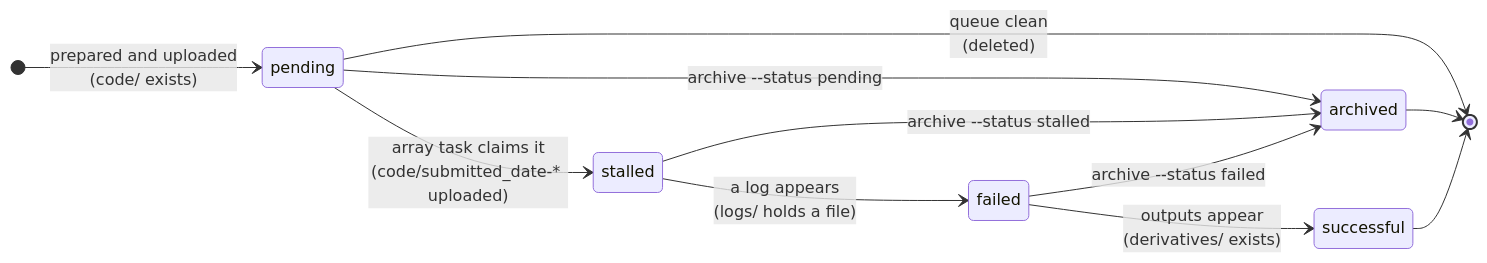
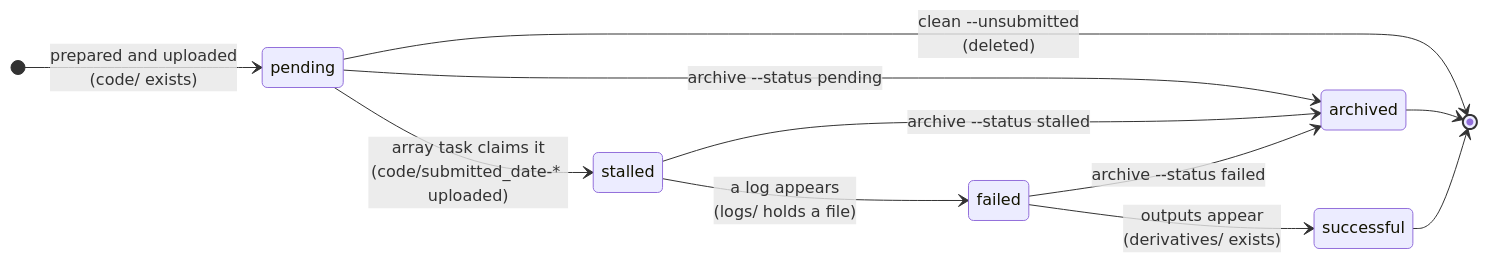
Before and after one commit to dandi-compute/dandi-compute-core: the first of 2 diagrams in docs/job_capsules.md, drawn with Mermaid. The commit also changed other lines of this file and 23 other files, not shown here.

First line of the commit message:
Consolidated the queue CLI group under jobs and clean (#342)

````diff
--- a/docs/job_capsules.md
+++ b/docs/job_capsules.md
@@ -115,14 +114,14 @@
 ```mermaid
 stateDiagram-v2
     direction LR
     [*] --> pending: prepared and uploaded<br/>(code/ exists)
     pending --> stalled: array task claims it<br/>(code/submitted_date-* uploaded)
     stalled --> failed: a log appears<br/>(logs/ holds a file)
     failed --> successful: outputs appear<br/>(derivatives/ exists)
-    pending --> [*]: queue clean<br/>(deleted)
+    pending --> [*]: clean --unsubmitted<br/>(deleted)
     pending --> archived: archive --status pending
     stalled --> archived: archive --status stalled
     failed --> archived: archive --status failed
     archived --> [*]
     successful --> [*]
 ```
````
